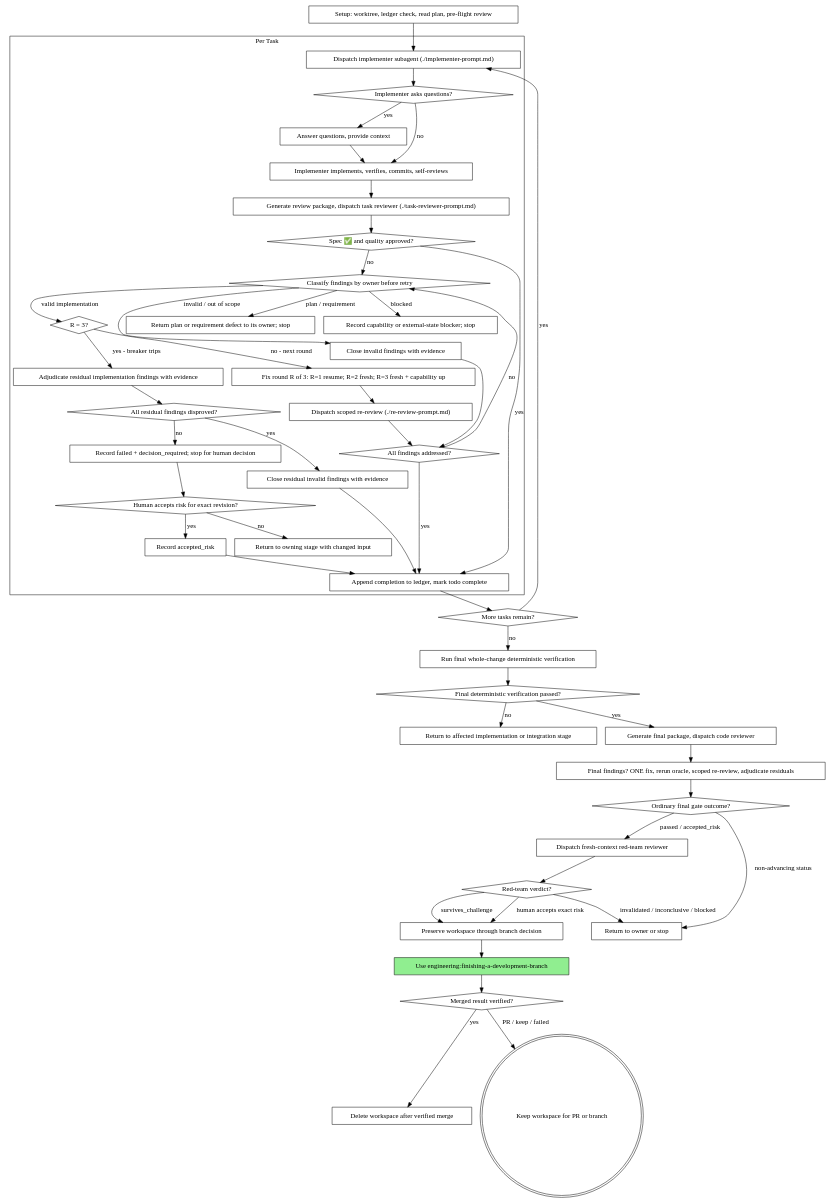
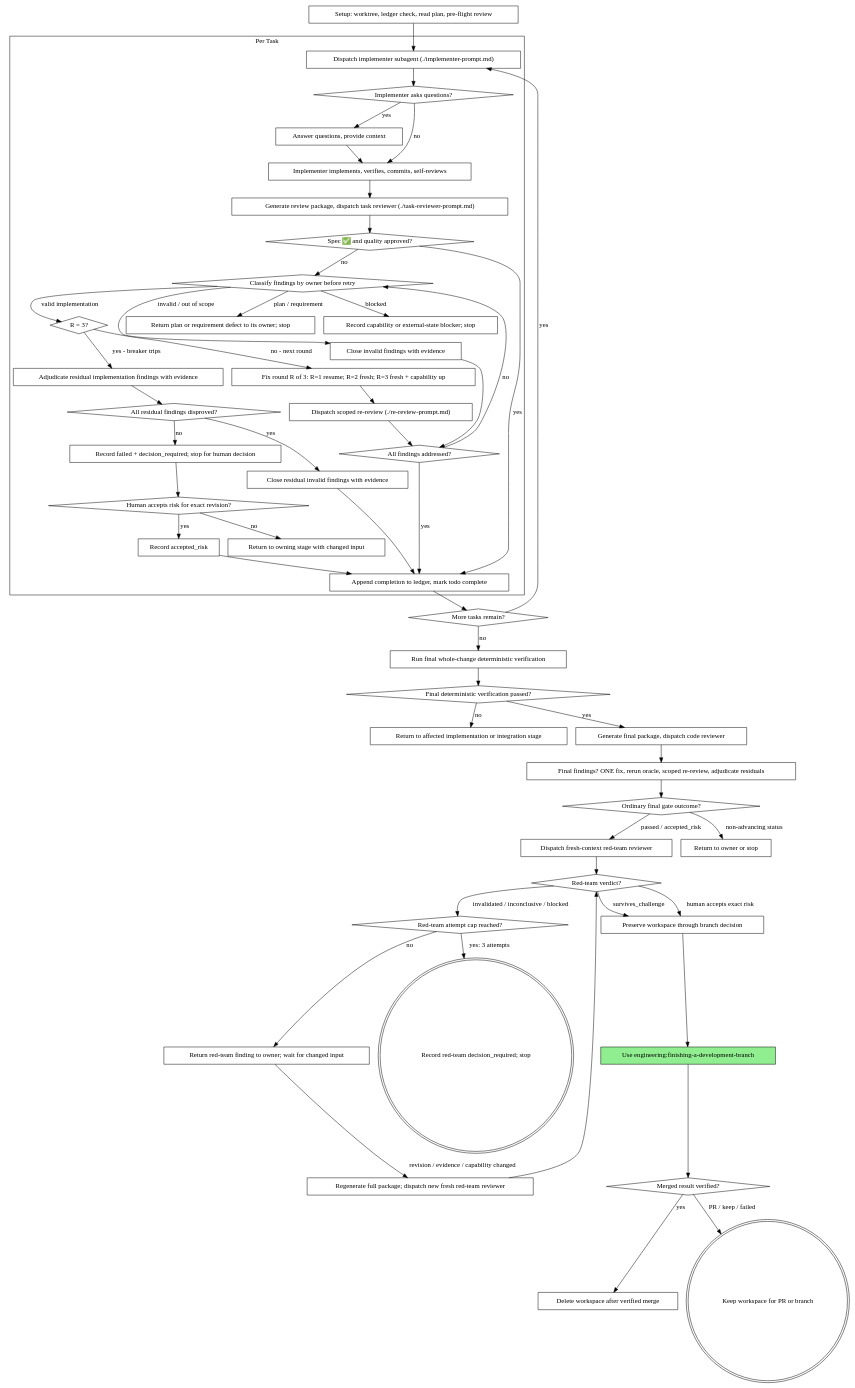
Before and after one commit to sonsu-lee/sonsu-marketplace: the second of 2 diagrams in plugins/engineering/skills/subagent-driven-development/SKILL.md, drawn with Graphviz. The commit also changed other lines of this file and 8 other files, not shown here.

Commit message:
fix(engineering): close red-team workflow gaps

```diff
--- a/plugins/engineering/skills/subagent-driven-development/SKILL.md
+++ b/plugins/engineering/skills/subagent-driven-development/SKILL.md
@@ -101,6 +101,10 @@
     "Ordinary final gate outcome?" [shape=diamond];
     "Dispatch fresh-context red-team reviewer" [shape=box];
     "Red-team verdict?" [shape=diamond];
+    "Red-team attempt cap reached?" [shape=diamond];
+    "Return red-team finding to owner; wait for changed input" [shape=box];
+    "Regenerate full package; dispatch new fresh red-team reviewer" [shape=box];
+    "Record red-team decision_required; stop" [shape=doublecircle];
     "Preserve workspace through branch decision" [shape=box];
     "Merged result verified?" [shape=diamond];
     "Delete workspace after verified merge" [shape=box];
@@ -149,7 +153,11 @@
     "Dispatch fresh-context red-team reviewer" -> "Red-team verdict?";
     "Red-team verdict?" -> "Preserve workspace through branch decision" [label="survives_challenge"];
     "Red-team verdict?" -> "Preserve workspace through branch decision" [label="human accepts exact risk"];
-    "Red-team verdict?" -> "Return to owner or stop" [label="invalidated / inconclusive / blocked"];
+    "Red-team verdict?" -> "Red-team attempt cap reached?" [label="invalidated / inconclusive / blocked"];
+    "Red-team attempt cap reached?" -> "Record red-team decision_required; stop" [label="yes: 3 attempts"];
+    "Red-team attempt cap reached?" -> "Return red-team finding to owner; wait for changed input" [label="no"];
+    "Return red-team finding to owner; wait for changed input" -> "Regenerate full package; dispatch new fresh red-team reviewer" [label="revision / evidence / capability changed"];
+    "Regenerate full package; dispatch new fresh red-team reviewer" -> "Red-team verdict?";
     "Preserve workspace through branch decision" -> "Use engineering:finishing-a-development-branch";
     "Use engineering:finishing-a-development-branch" -> "Merged result verified?";
     "Merged result verified?" -> "Delete workspace after verified merge" [label="yes"];
```
